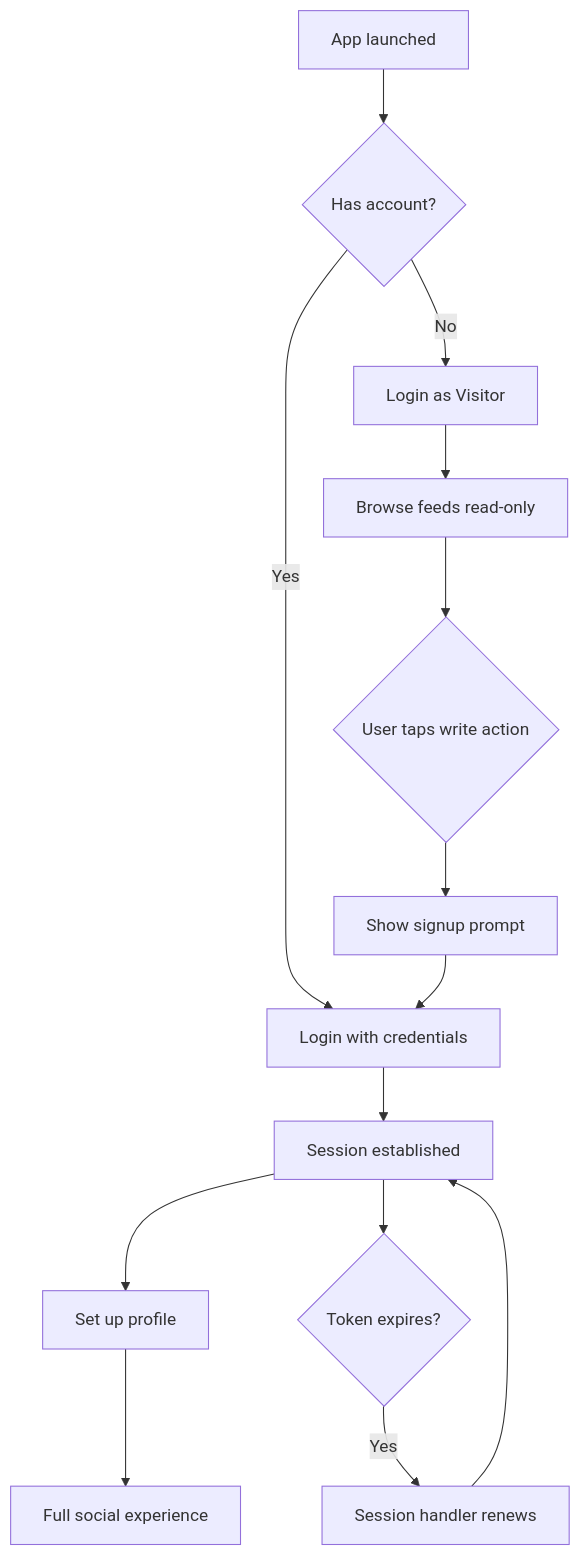
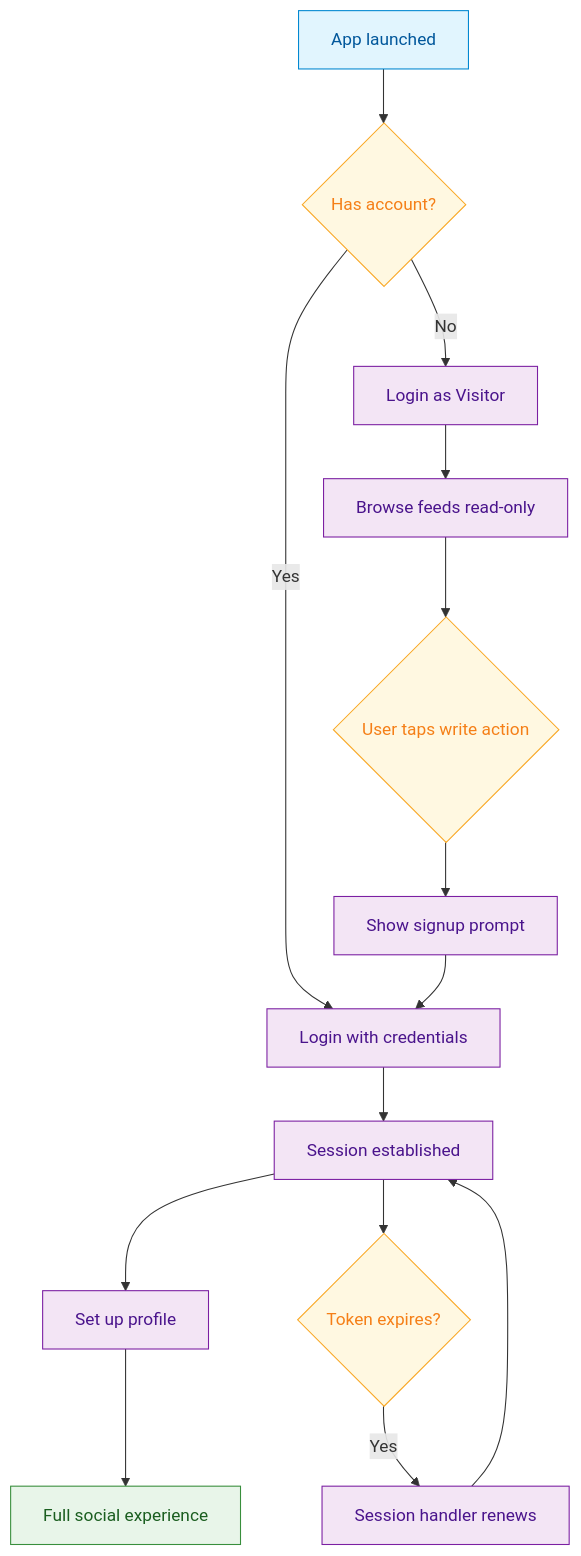
One commit to AmityCo/social-plus-docs changed the diagram in use-cases/social/user-onboarding-and-visitor-mode.mdx. Above: the diagram before and after it, drawn with Mermaid. The commit also changed other lines of this file and 26 other files, not shown here.

````diff
--- a/use-cases/social/user-onboarding-and-visitor-mode.mdx
+++ b/use-cases/social/user-onboarding-and-visitor-mode.mdx
@@ -30,16 +28,26 @@
 ```mermaid
 graph TD
     A[App launched] --> B{Has account?}
     B -->|No| C[Login as Visitor]
     B -->|Yes| D[Login with credentials]
     C --> E[Browse feeds read-only]
     E --> F{User taps write action}
     F --> G[Show signup prompt]
     G --> D
     D --> H[Session established]
     H --> I[Set up profile]
     I --> J[Full social experience]
     H --> K{Token expires?}
     K -->|Yes| L[Session handler renews]
     L --> H
+
+    classDef action fill:#e1f5fe,stroke:#0288d1,color:#01579b
+    classDef decision fill:#fff8e1,stroke:#f9a825,color:#f57f17
+    classDef process fill:#f3e5f5,stroke:#7b1fa2,color:#4a148c
+    classDef outcome fill:#e8f5e9,stroke:#388e3c,color:#1b5e20
+
+    class A action
+    class B,F,K decision
+    class C,D,E,G,H,I,L process
+    class J outcome
 ```
````
